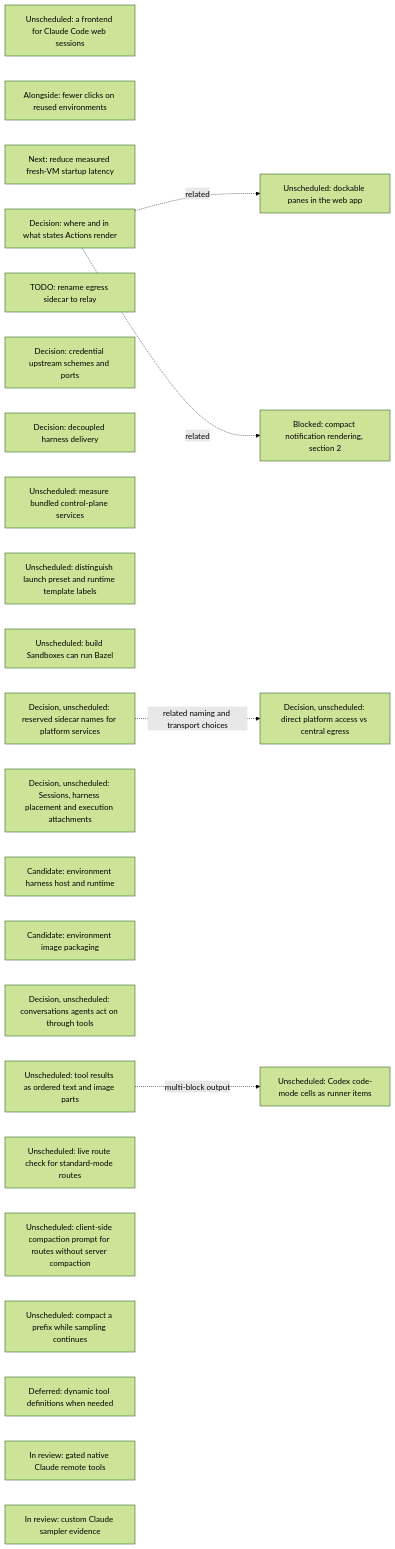
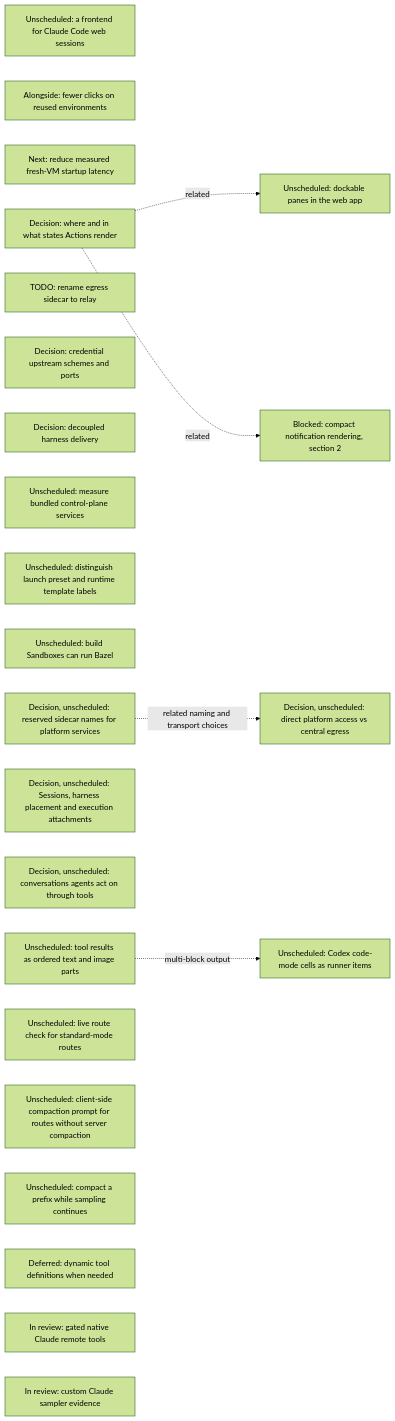
Before and after one commit to agentydragon/ducktape: the sixth of 18 diagrams in agentplane/plans/task_dag.md, drawn with Mermaid (forest theme). The commit also changed other lines of this file and 3 other files, not shown here.

````diff
--- a/agentplane/plans/task_dag.md
+++ b/agentplane/plans/task_dag.md
@@ -871,32 +884,30 @@
 ```mermaid
 flowchart LR
     CLAUDE_CODE_WEB_BRIDGE[Unscheduled: a frontend for Claude Code web sessions]
     SESSION_LAUNCH_FRICTION[Alongside: fewer clicks on reused environments]
     VM_STARTUP_LATENCY[Next: reduce measured fresh-VM startup latency]
     ACTION_SURFACES_DESIGN[Decision: where and in what states Actions render]
     EGRESS_RELAY_RENAME[TODO: rename egress sidecar to relay]
     EGRESS_CREDENTIAL_TRANSPORT_DESIGN[Decision: credential upstream schemes and ports]
     RUNNER_HARNESS_DELIVERY_DESIGN[Decision: decoupled harness delivery]
     K3S_BUNDLED_SERVICES_SPIKE[Unscheduled: measure bundled control-plane services]
     DOCKABLE_PANES[Unscheduled: dockable panes in the web app]
     ACTION_SURFACES_DESIGN -. related .-> DOCKABLE_PANES
     NOTIFICATION_PRESENTATION[Blocked: compact notification rendering, section 2]
     ACTION_SURFACES_DESIGN -. related .-> NOTIFICATION_PRESENTATION
     SANDBOX_FORM_TERMINOLOGY[Unscheduled: distinguish launch preset and runtime template labels]
     BUILD_BOX_BAZEL[Unscheduled: build Sandboxes can run Bazel]
     PLATFORM_SERVICE_NAMES_DESIGN[Decision, unscheduled: reserved sidecar names for platform services]
     PLATFORM_SERVICE_ROUTING_DESIGN[Decision, unscheduled: direct platform access vs central egress]
     PLATFORM_SERVICE_NAMES_DESIGN -. related naming and transport choices .-> PLATFORM_SERVICE_ROUTING_DESIGN
     SESSION_RUNTIME_MODEL_DESIGN[Decision, unscheduled: Sessions, harness placement and execution attachments]
-    ENVIRONMENT_HARNESS_HOST[Candidate: environment harness host and runtime]
-    ENVIRONMENT_RUNTIME_PACKAGING[Candidate: environment image packaging]
     AGENT_AUTHORED_CONVERSATIONS_DESIGN[Decision, unscheduled: conversations agents act on through tools]
     STRUCTURED_TOOL_OUTPUT[Unscheduled: tool results as ordered text and image parts]
     STRUCTURED_TOOL_OUTPUT -. multi-block output .-> CODEX_CODE_MODE_CELLS[Unscheduled: Codex code-mode cells as runner items]
     CENTRAL_SAMPLER_MODEL_CAPABILITIES[Unscheduled: live route check for standard-mode routes]
     CENTRAL_SAMPLER_PROMPT_COMPACTION[Unscheduled: client-side compaction prompt for routes without server compaction]
     CENTRAL_SAMPLER_BACKGROUND_COMPACTION[Unscheduled: compact a prefix while sampling continues]
     CENTRAL_SAMPLER_DYNAMIC_TOOLS[Deferred: dynamic tool definitions when needed]
     CLAUDE_REMOTE_EXECUTION_SPIKE[In review: gated native Claude remote tools]
     CLAUDE_CUSTOM_SAMPLER[In review: custom Claude sampler evidence]
 ```
````
